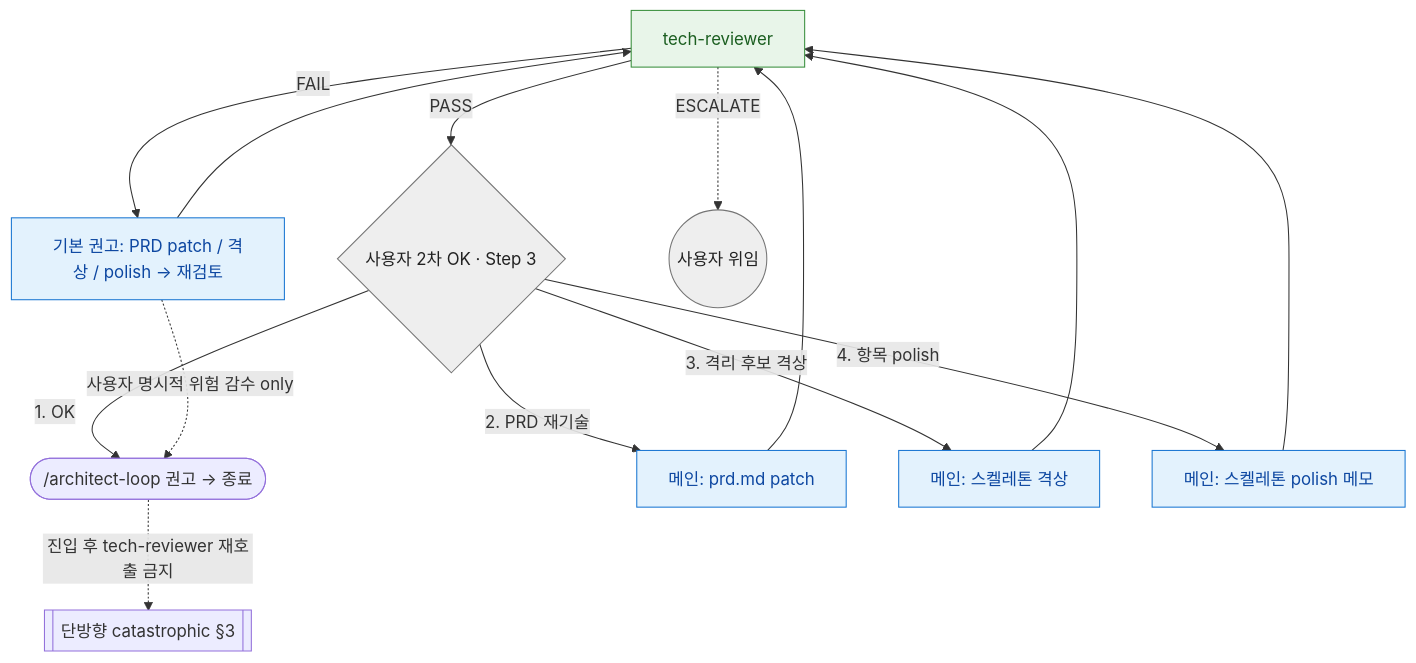
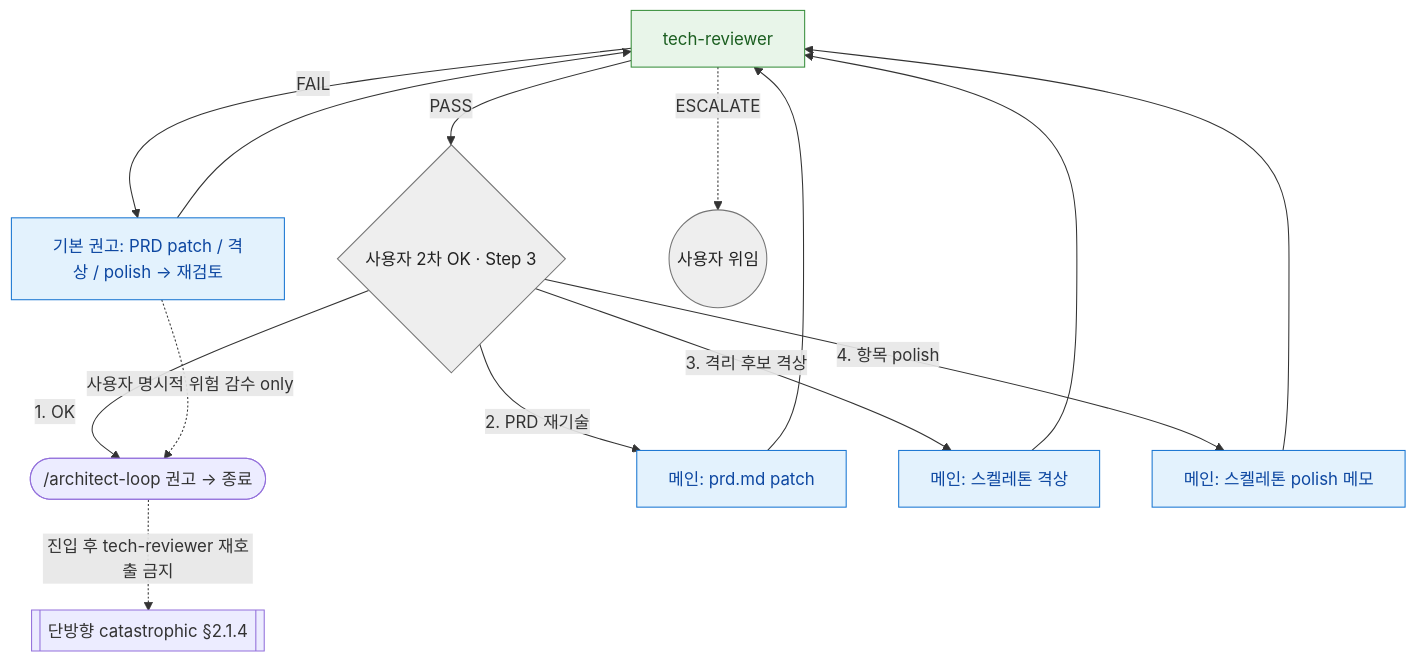
Before and after one commit to Daeguk-Sun/dcNess: the diagram in skills/tech-review/tech-review-routing.md, drawn with Mermaid. The commit also changed 4 other files, not shown here.

````diff
--- a/skills/tech-review/tech-review-routing.md
+++ b/skills/tech-review/tech-review-routing.md
@@ -13,20 +13,20 @@
 ```mermaid
 flowchart TB
   TR[tech-reviewer] -->|PASS| CP{사용자 2차 OK · Step 3}
   TR -->|FAIL| RW[기본 권고: PRD patch / 격상 / polish → 재검토]
   TR -.->|ESCALATE| U((사용자 위임))
   CP -->|1. OK| AL([/architect-loop 권고 → 종료])
   CP -->|2. PRD 재기술| P1[메인: prd.md patch] --> TR
   CP -->|3. 격리 후보 격상| P2[메인: 스켈레톤 격상] --> TR
   CP -->|4. 항목 polish| P3[메인: 스켈레톤 polish 메모] --> TR
   RW --> TR
   RW -.->|사용자 명시적 위험 감수 only| AL
-  AL -.->|진입 후 tech-reviewer 재호출 금지| X[[단방향 catastrophic §3]]
+  AL -.->|진입 후 tech-reviewer 재호출 금지| X[[단방향 catastrophic §2.1.4]]
 
   classDef verify fill:#e8f5e9,stroke:#388e3c,color:#1b5e20
   classDef main fill:#e3f2fd,stroke:#1976d2,color:#0d47a1
   classDef user fill:#eeeeee,stroke:#757575,color:#212121
   class TR verify
   class P1,P2,P3,RW main
   class U,CP user
 ```
````
